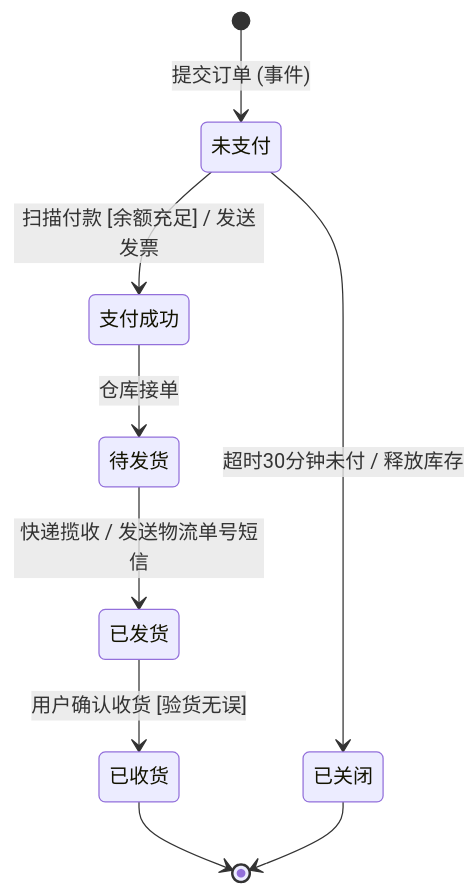
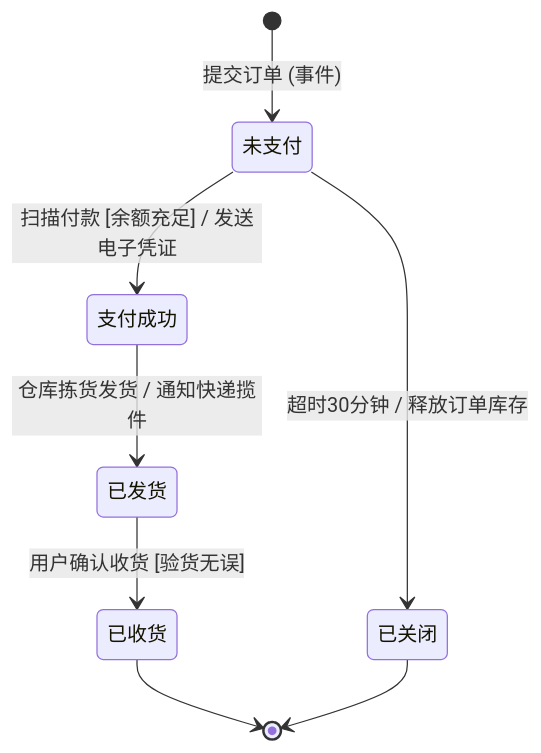
One commit to cpsa3/software-designer-fast-pass changed the eighth of 11 diagrams in 02-visual-diagrams/02-UML核心建模图谱与设计视图全景图解.md. Above: the diagram before and after it, drawn with Mermaid. The commit also changed other lines of this file, not shown here.

Commit message:
refactor(uml): 彻底重构UML图解文档为纯视觉流，100%统一Mermaid原生矢量图，消除ASCII与语法报错

````diff
--- a/02-visual-diagrams/02-UML核心建模图谱与设计视图全景图解.md
+++ b/02-visual-diagrams/02-UML核心建模图谱与设计视图全景图解.md
@@ -339,14 +276,13 @@
 ```mermaid
 stateDiagram-v2
     [*] --> 未支付 : 提交订单 (事件)
     
-    未支付 --> 支付成功 : 扫描付款 [余额充足] / 发送发票
-    未支付 --> 已关闭 : 超时30分钟未付 / 释放库存
+    未支付 --> 支付成功 : 扫描付款 [余额充足] / 发送电子凭证
+    未支付 --> 已关闭 : 超时30分钟 / 释放订单库存
     
-    支付成功 --> 待发货 : 仓库接单
-    待发货 --> 已发货 : 快递揽收 / 发送物流单号短信
+    支付成功 --> 已发货 : 仓库拣货发货 / 通知快递揽件
+    已发货 --> 已收货 : 用户确认收货 [验货无误]
     
-    已发货 --> 已收货 : 用户确认收货 [验货无误]
     已收货 --> [*]
     已关闭 --> [*]
 ```
````
